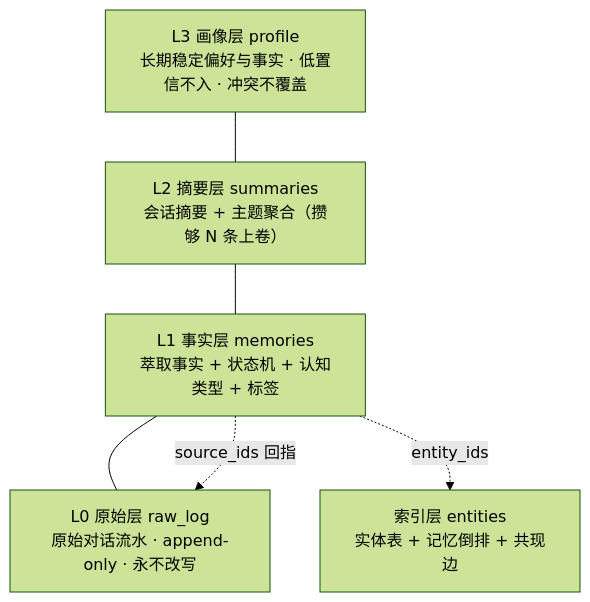
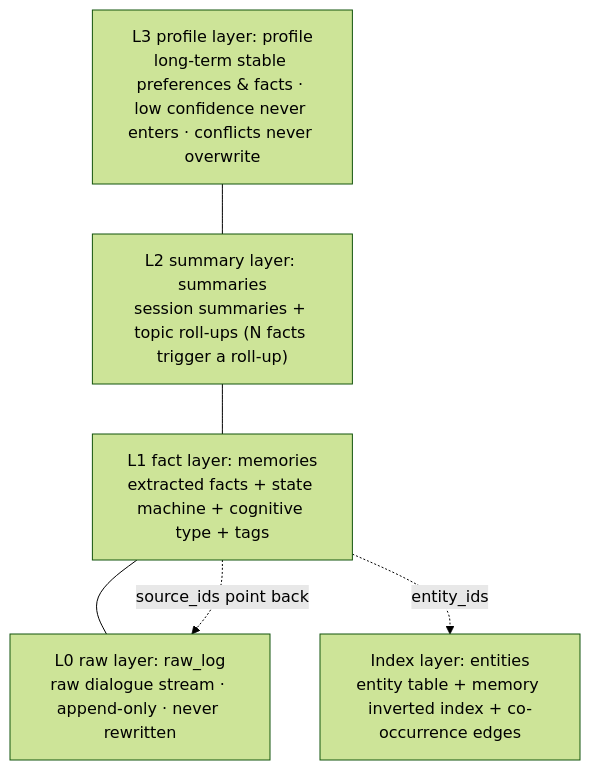
The second of 5 diagrams in docs/ARCHITECTURE.md (cstksniper/hippocampus-mcp), drawn with Mermaid (forest theme) before and after one commit. The commit also changed other lines of this file and 2 other files, not shown here.

Commit message:
docs: bilingual ARCHITECTURE - English trunk + Chinese edition

````diff
--- a/docs/ARCHITECTURE.md
+++ b/docs/ARCHITECTURE.md
@@ -51,11 +73,11 @@
 ```mermaid
 flowchart TB
-    L3["L3 画像层 profile<br/>长期稳定偏好与事实 · 低置信不入 · 冲突不覆盖"]
-    L2["L2 摘要层 summaries<br/>会话摘要 + 主题聚合（攒够 N 条上卷）"]
-    L1["L1 事实层 memories<br/>萃取事实 + 状态机 + 认知类型 + 标签"]
-    L0["L0 原始层 raw_log<br/>原始对话流水 · append-only · 永不改写"]
-    IDX["索引层 entities<br/>实体表 + 记忆倒排 + 共现边"]
+    L3["L3 profile layer: profile<br/>long-term stable preferences & facts · low confidence never enters · conflicts never overwrite"]
+    L2["L2 summary layer: summaries<br/>session summaries + topic roll-ups (N facts trigger a roll-up)"]
+    L1["L1 fact layer: memories<br/>extracted facts + state machine + cognitive type + tags"]
+    L0["L0 raw layer: raw_log<br/>raw dialogue stream · append-only · never rewritten"]
+    IDX["Index layer: entities<br/>entity table + memory inverted index + co-occurrence edges"]
     L3 --- L2 --- L1 --- L0
-    L1 -.->|"source_ids 回指"| L0
+    L1 -.->|"source_ids point back"| L0
     L1 -.->|"entity_ids"| IDX
 ```
````
